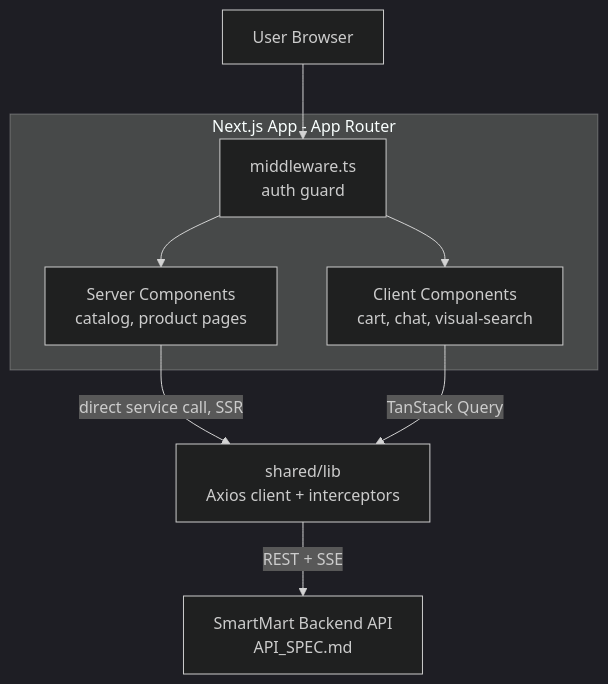
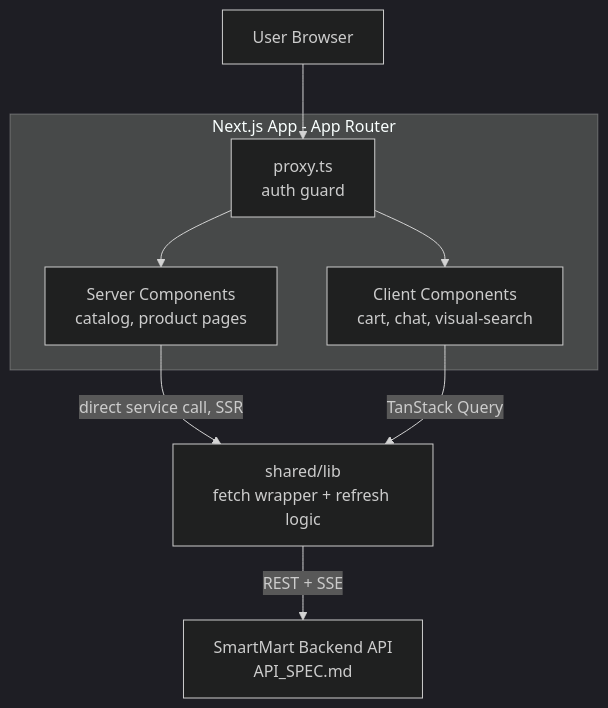
The first of 3 diagrams in 02-frontend-nextjs/docs/ARCHITECTURE-FRONTEND.md (DucTrung611/Vibecode-SmartMart), drawn with Mermaid (dark theme) before and after one commit. The commit also changed other lines of this file and 1 other file, not shown here.

Commit message:
docs(frontend): document fetch/Context/proxy.ts stack decisions

````diff
--- a/02-frontend-nextjs/docs/ARCHITECTURE-FRONTEND.md
+++ b/02-frontend-nextjs/docs/ARCHITECTURE-FRONTEND.md
@@ -18,16 +18,16 @@
 ```mermaid
 flowchart TB
     U[User Browser]
     subgraph Next.js App - App Router
         RSC[Server Components<br/>catalog, product pages]
         CC[Client Components<br/>cart, chat, visual-search]
-        MW[middleware.ts<br/>auth guard]
+        MW[proxy.ts<br/>auth guard]
     end
-    API[shared/lib<br/>Axios client + interceptors]
+    API[shared/lib<br/>fetch wrapper + refresh logic]
     BE[SmartMart Backend API<br/>API_SPEC.md]
 
     U --> MW --> RSC & CC
     RSC -->|direct service call, SSR| API
     CC -->|TanStack Query| API
     API -->|REST + SSE| BE
 ```
````
